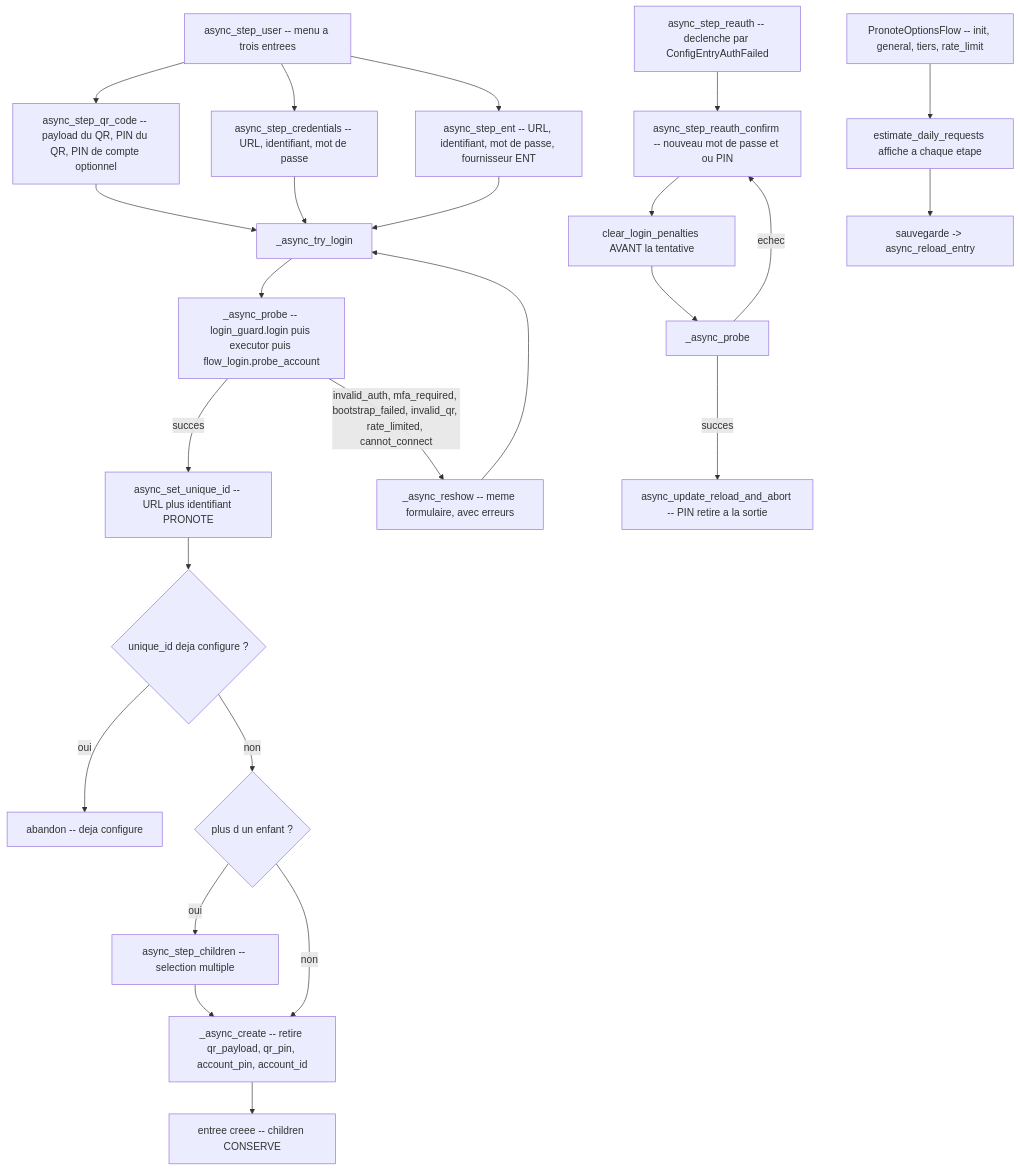
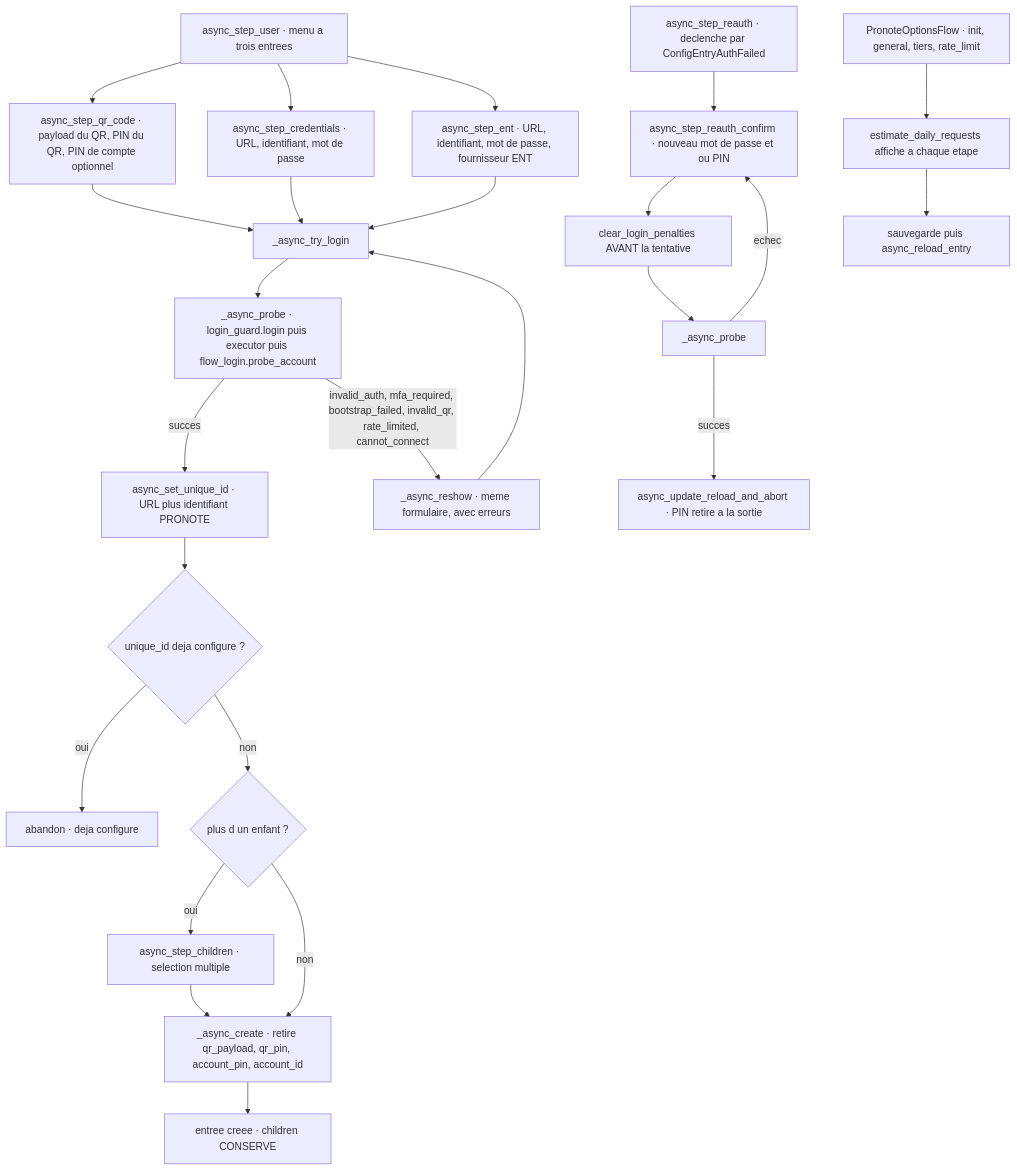
Before and after one commit to FiveElements/ha-pronote-ng: the sixth of 6 diagrams in docs/ARCHITECTURE.md, drawn with Mermaid. The commit also changed other lines of this file and 2 other files, not shown here.

````diff
--- a/docs/ARCHITECTURE.md
+++ b/docs/ARCHITECTURE.md
@@ -1572,39 +1572,39 @@
 ```mermaid
 flowchart TD
-  START["async_step_user -- menu a trois entrees"]
+  START["async_step_user · menu a trois entrees"]
 
-  START --> QR["async_step_qr_code -- payload du QR, PIN du QR, PIN de compte optionnel"]
-  START --> CRED["async_step_credentials -- URL, identifiant, mot de passe"]
-  START --> ENT["async_step_ent -- URL, identifiant, mot de passe, fournisseur ENT"]
+  START --> QR["async_step_qr_code · payload du QR, PIN du QR, PIN de compte optionnel"]
+  START --> CRED["async_step_credentials · URL, identifiant, mot de passe"]
+  START --> ENT["async_step_ent · URL, identifiant, mot de passe, fournisseur ENT"]
 
   QR --> TRY["_async_try_login"]
   CRED --> TRY
   ENT --> TRY
 
-  TRY --> PROBE["_async_probe -- login_guard.login puis executor puis flow_login.probe_account"]
+  TRY --> PROBE["_async_probe · login_guard.login puis executor puis flow_login.probe_account"]
 
-  PROBE -->|"succes"| UID["async_set_unique_id -- URL plus identifiant PRONOTE"]
-  PROBE -->|"invalid_auth, mfa_required, bootstrap_failed, invalid_qr, rate_limited, cannot_connect"| RESHOW["_async_reshow -- meme formulaire, avec erreurs"]
+  PROBE -->|"succes"| UID["async_set_unique_id · URL plus identifiant PRONOTE"]
+  PROBE -->|"invalid_auth, mfa_required, bootstrap_failed, invalid_qr, rate_limited, cannot_connect"| RESHOW["_async_reshow · meme formulaire, avec erreurs"]
   RESHOW --> TRY
 
   UID --> ABORT{"unique_id deja configure ?"}
-  ABORT -->|"oui"| STOP["abandon -- deja configure"]
+  ABORT -->|"oui"| STOP["abandon · deja configure"]
   ABORT -->|"non"| MULTI{"plus d un enfant ?"}
 
-  MULTI -->|"oui"| KIDS["async_step_children -- selection multiple"]
+  MULTI -->|"oui"| KIDS["async_step_children · selection multiple"]
   MULTI -->|"non"| CREATE
-  KIDS --> CREATE["_async_create -- retire qr_payload, qr_pin, account_pin, account_id"]
+  KIDS --> CREATE["_async_create · retire qr_payload, qr_pin, account_pin, account_id"]
 
-  CREATE --> ENTRY["entree creee -- children CONSERVE"]
+  CREATE --> ENTRY["entree creee · children CONSERVE"]
 
-  RA["async_step_reauth -- declenche par ConfigEntryAuthFailed"]
-  RA --> RAC["async_step_reauth_confirm -- nouveau mot de passe et ou PIN"]
+  RA["async_step_reauth · declenche par ConfigEntryAuthFailed"]
+  RA --> RAC["async_step_reauth_confirm · nouveau mot de passe et ou PIN"]
   RAC --> CLEAR["clear_login_penalties AVANT la tentative"]
   CLEAR --> PROBE2["_async_probe"]
-  PROBE2 -->|"succes"| UPD["async_update_reload_and_abort -- PIN retire a la sortie"]
+  PROBE2 -->|"succes"| UPD["async_update_reload_and_abort · PIN retire a la sortie"]
   PROBE2 -->|"echec"| RAC
 
-  OPTS["PronoteOptionsFlow -- init, general, tiers, rate_limit"]
+  OPTS["PronoteOptionsFlow · init, general, tiers, rate_limit"]
   OPTS --> EST["estimate_daily_requests affiche a chaque etape"]
-  EST --> RELOAD["sauvegarde -> async_reload_entry"]
+  EST --> RELOAD["sauvegarde puis async_reload_entry"]
 ```
````
